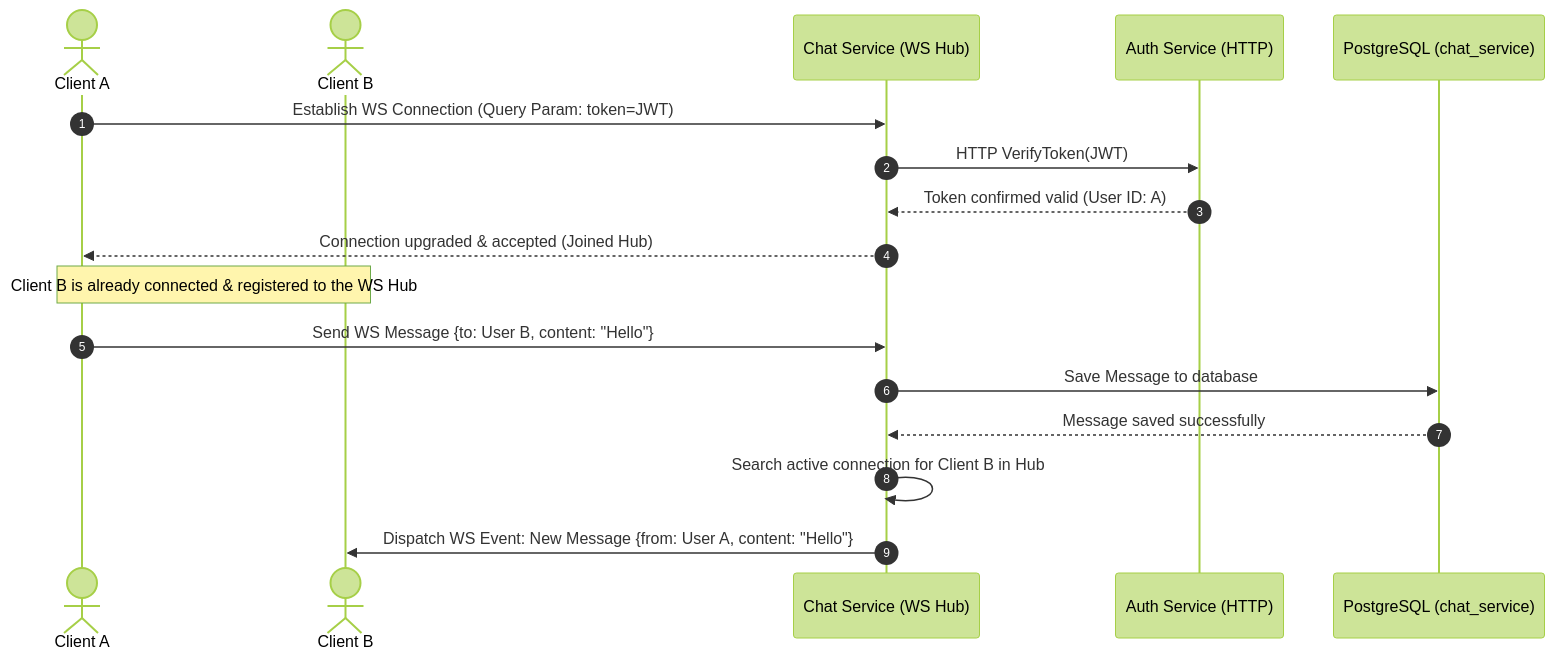
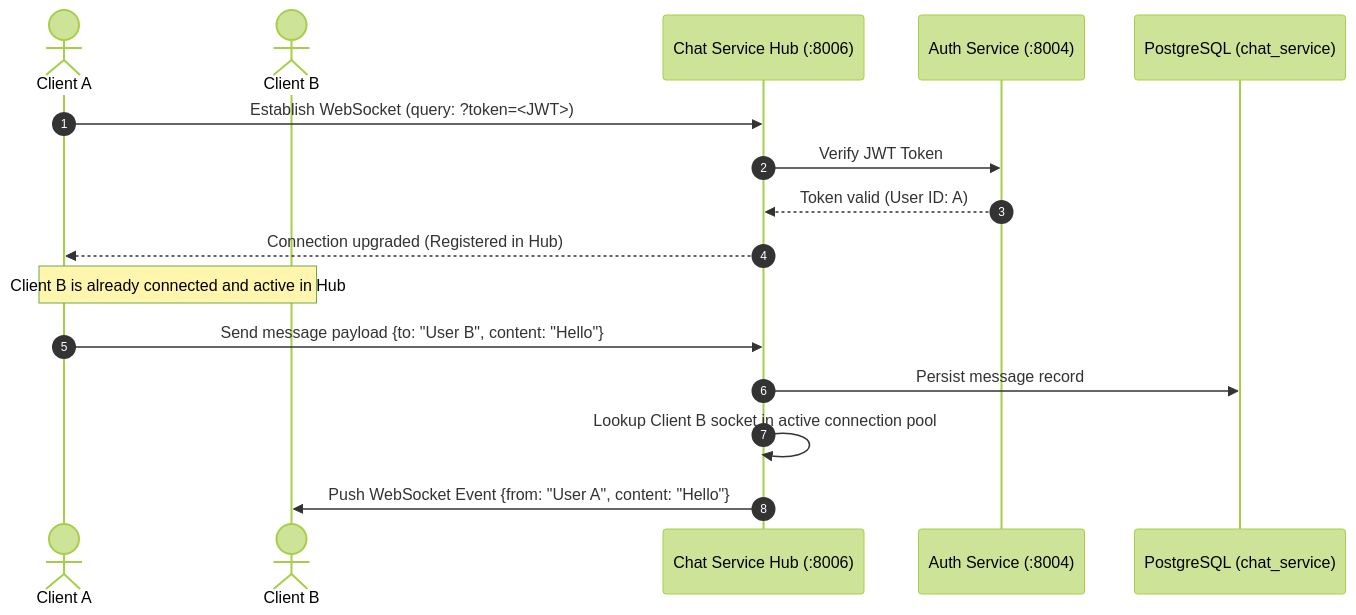
Before and after one commit to PhamHao1412/writeful: the third of 3 diagrams in README.md, drawn with Mermaid (forest theme). The commit also changed other lines of this file, not shown here.

````diff
--- a/README.md
+++ b/README.md
@@ -115,22 +109,20 @@
 ```mermaid
 sequenceDiagram
     autonumber
     actor Client A
     actor Client B
-    participant WS as Chat Service (WS Hub)
-    participant Auth as Auth Service (HTTP)
+    participant WS as Chat Service Hub (:8006)
+    participant Auth as Auth Service (:8004)
     participant DB as PostgreSQL (chat_service)
 
-    Client A->>WS: Establish WS Connection (Query Param: token=JWT)
-    WS->>Auth: HTTP VerifyToken(JWT)
-    Auth-->>WS: Token confirmed valid (User ID: A)
-    WS-->>Client A: Connection upgraded & accepted (Joined Hub)
-    
-    Note over Client A, Client B: Client B is already connected & registered to the WS Hub
-    
-    Client A->>WS: Send WS Message {to: User B, content: "Hello"}
-    WS->>DB: Save Message to database
-    DB-->>WS: Message saved successfully
-    WS->>WS: Search active connection for Client B in Hub
-    WS->>Client B: Dispatch WS Event: New Message {from: User A, content: "Hello"}
+    Client A->>WS: Establish WebSocket (query: ?token=<JWT>)
+    WS->>Auth: Verify JWT Token
+    Auth-->>WS: Token valid (User ID: A)
+    WS-->>Client A: Connection upgraded (Registered in Hub)
+    Note over Client A, Client B: Client B is already connected and active in Hub
+
+    Client A->>WS: Send message payload {to: "User B", content: "Hello"}
+    WS->>DB: Persist message record
+    WS->>WS: Lookup Client B socket in active connection pool
+    WS->>Client B: Push WebSocket Event {from: "User A", content: "Hello"}
 ```
````
